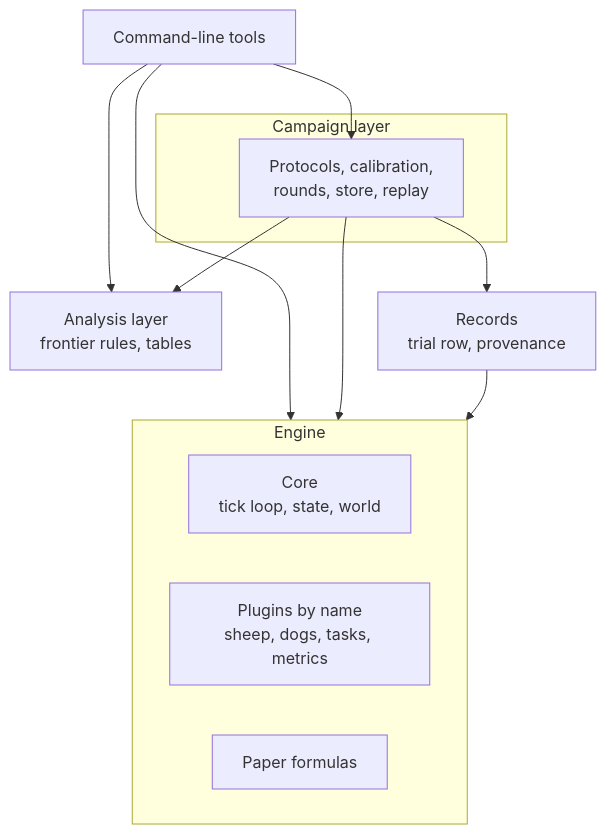
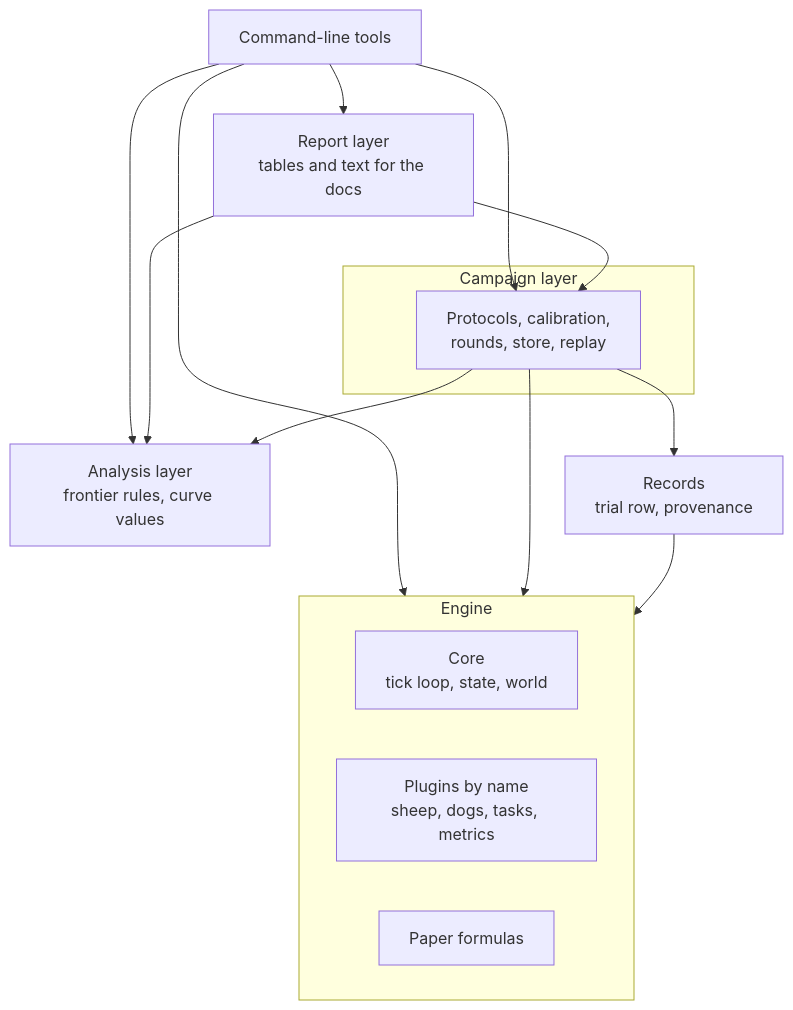
Before and after one commit to lykimq/HerdSim: the first of 3 diagrams in docs/codes/architecture.md, drawn with Mermaid. The commit also changed other lines of this file and 86 other files, not shown here.

````diff
--- a/docs/codes/architecture.md
+++ b/docs/codes/architecture.md
@@ -34,21 +33,25 @@
 ```mermaid
 flowchart TB
     tools["Command-line tools"]
+    report["Report layer<br/>tables and text for the docs"]
     subgraph run["Campaign layer"]
         campaign["Protocols, calibration,<br/>rounds, store, replay"]
     end
-    analysis["Analysis layer<br/>frontier rules, tables"]
+    analysis["Analysis layer<br/>frontier rules, curve values"]
     records["Records<br/>trial row, provenance"]
     subgraph engine["Engine"]
         core["Core<br/>tick loop, state, world"]
         plugins["Plugins by name<br/>sheep, dogs, tasks, metrics"]
         formulas["Paper formulas"]
     end
+    tools --> report
     tools --> campaign
     tools --> analysis
     tools --> engine
+    report --> campaign
+    report --> analysis
     campaign --> analysis
     campaign --> records
     campaign --> engine
     records --> engine
 ```
````
